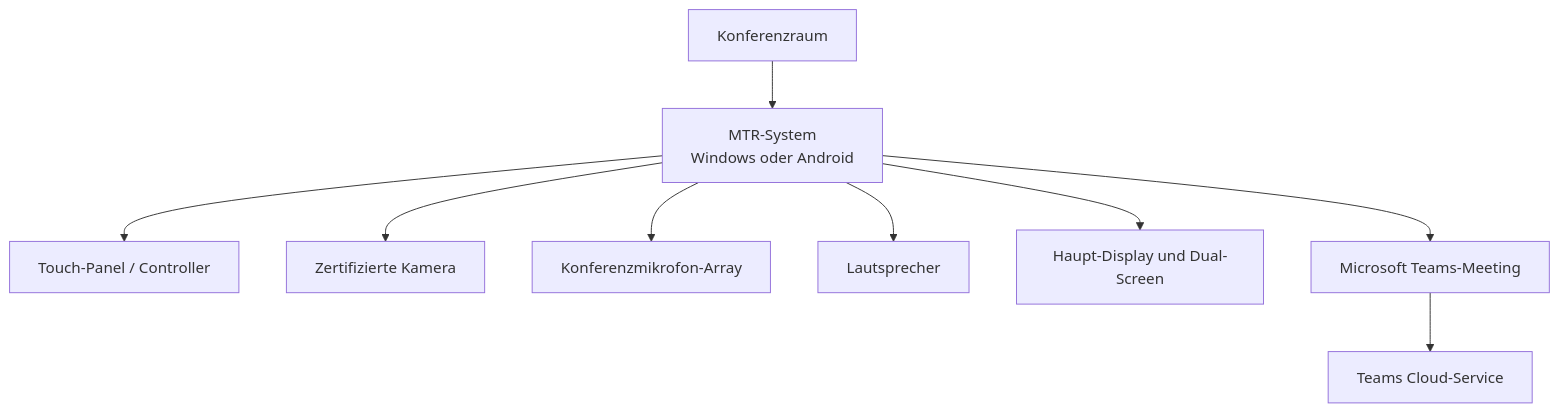
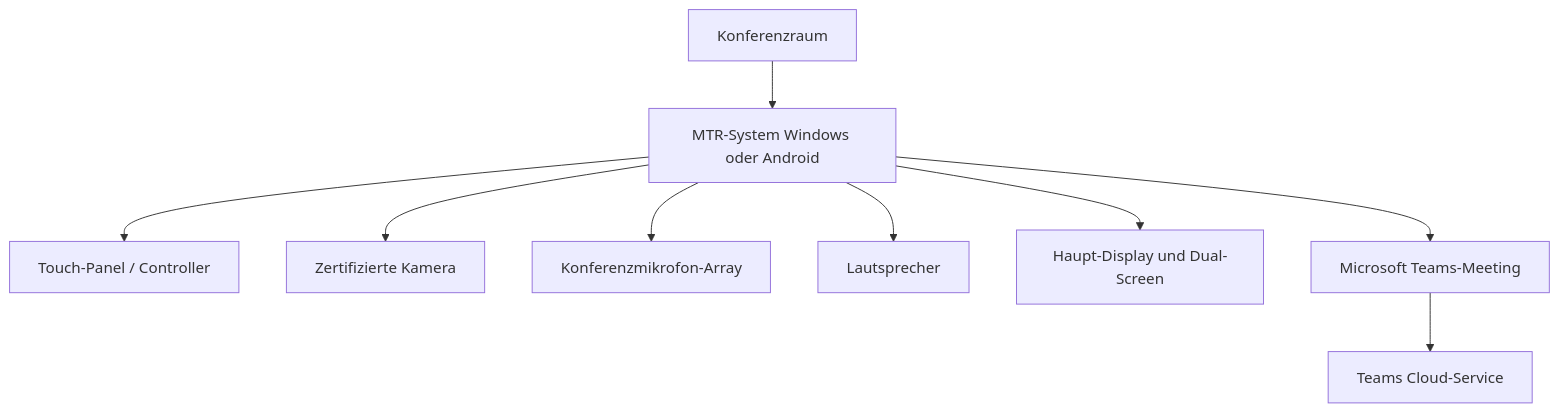
Before and after one commit to SoniiiT/notes-n-docs: the first of 2 diagrams in Microsoft 365/Teams/Teams Rooms.md, drawn with Mermaid. The commit also changed other lines of this file and 124 other files, not shown here.

First line of the commit message:
fix: Entferne \n aus allen Mermaid-Diagrammen (125 Dateien)

````diff
--- a/Microsoft 365/Teams/Teams Rooms.md
+++ b/Microsoft 365/Teams/Teams Rooms.md
@@ -33,11 +33,11 @@
 ```mermaid
 graph TD
-    ROOM[Konferenzraum] --> MTR[MTR-System\nWindows oder Android]
+    ROOM[Konferenzraum] --> MTR[MTR-System Windows oder Android]
     MTR --> CTRL[Touch-Panel / Controller]
     MTR --> CAM[Zertifizierte Kamera]
     MTR --> MIC[Konferenzmikrofon-Array]
     MTR --> SPK[Lautsprecher]
     MTR --> DISPLAY[Haupt-Display und Dual-Screen]
     MTR --> TEAMS[Microsoft Teams-Meeting]
     TEAMS --> CLOUD[Teams Cloud-Service]
 ```
````
